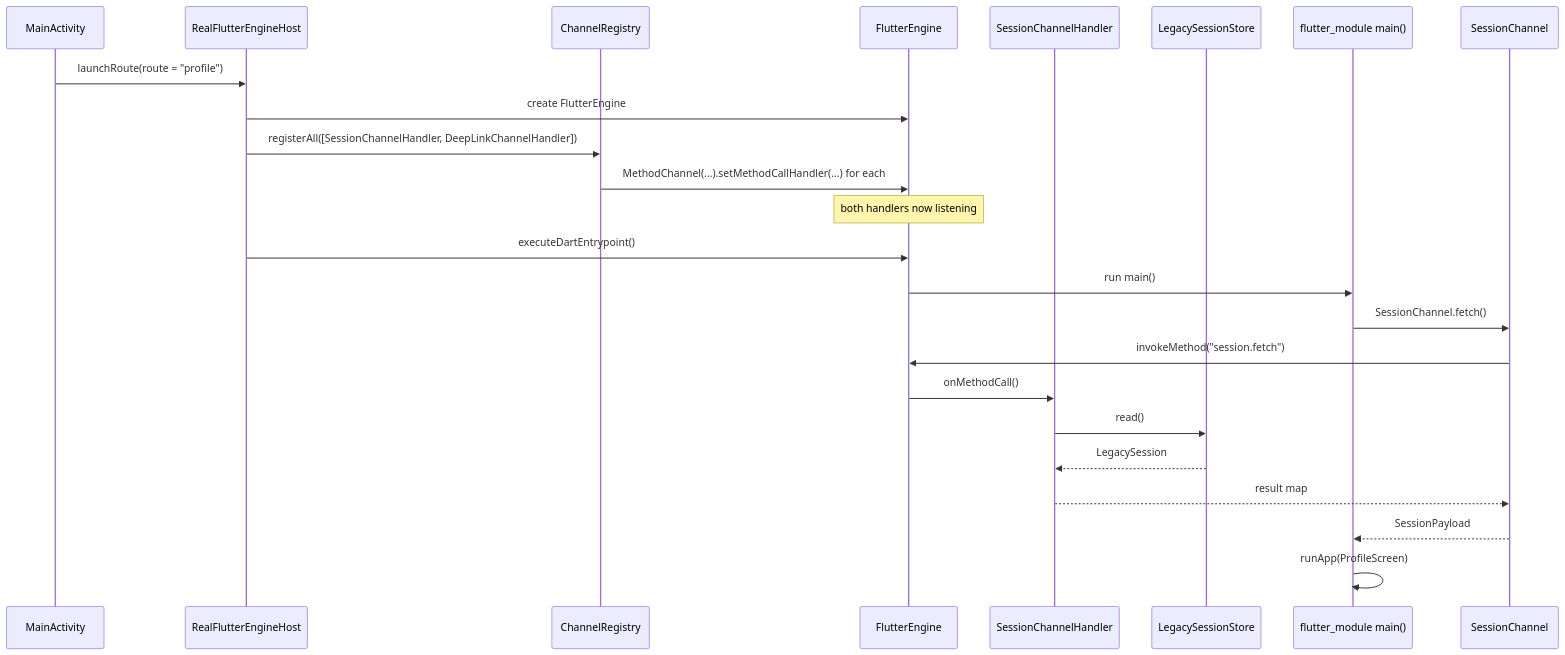
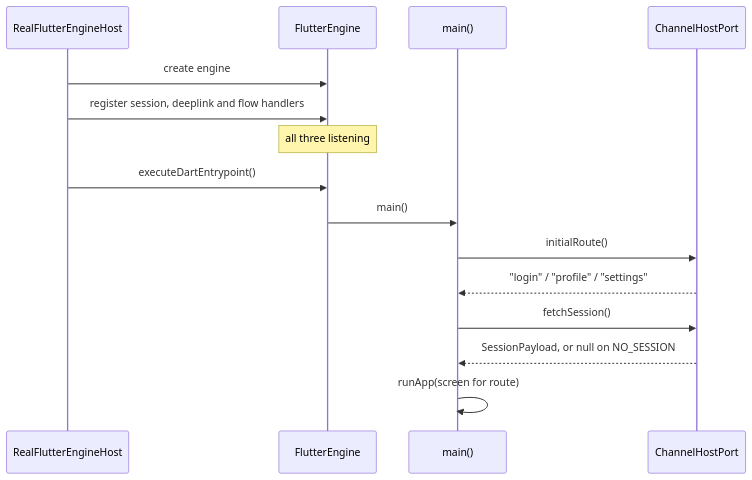
Before and after one commit to arkariz/flutter-native-migration-showcase: the third of 4 diagrams in docs/architecture.md, drawn with Mermaid. The commit also changed other lines of this file and 89 other files, not shown here.

First line of the commit message:
Add state migration, typed readiness, flow lifecycle and a shared bridge contract

````diff
--- a/docs/architecture.md
+++ b/docs/architecture.md
@@ -73,27 +88,18 @@
 ```mermaid
 sequenceDiagram
-    participant Main as MainActivity
     participant Host as RealFlutterEngineHost
-    participant Registry as ChannelRegistry
     participant Engine as FlutterEngine
-    participant SessionH as SessionChannelHandler
-    participant Store as LegacySessionStore
-    participant Dart as flutter_module main()
-    participant Channel as SessionChannel
+    participant Dart as main()
+    participant Port as ChannelHostPort
 
-    Main->>Host: launchRoute(route = "profile")
-    Host->>Engine: create FlutterEngine
-    Host->>Registry: registerAll([SessionChannelHandler, DeepLinkChannelHandler])
-    Registry->>Engine: MethodChannel(...).setMethodCallHandler(...) for each
-    Note over Engine: both handlers now listening
+    Host->>Engine: create engine
+    Host->>Engine: register session, deeplink and flow handlers
+    Note over Engine: all three listening
     Host->>Engine: executeDartEntrypoint()
-    Engine->>Dart: run main()
-    Dart->>Channel: SessionChannel.fetch()
-    Channel->>Engine: invokeMethod("session.fetch")
-    Engine->>SessionH: onMethodCall()
-    SessionH->>Store: read()
-    Store-->>SessionH: LegacySession
-    SessionH-->>Channel: result map
-    Channel-->>Dart: SessionPayload
-    Dart->>Dart: runApp(ProfileScreen)
+    Engine->>Dart: main()
+    Dart->>Port: initialRoute()
+    Port-->>Dart: "login" / "profile" / "settings"
+    Dart->>Port: fetchSession()
+    Port-->>Dart: SessionPayload, or null on NO_SESSION
+    Dart->>Dart: runApp(screen for route)
 ```
````
